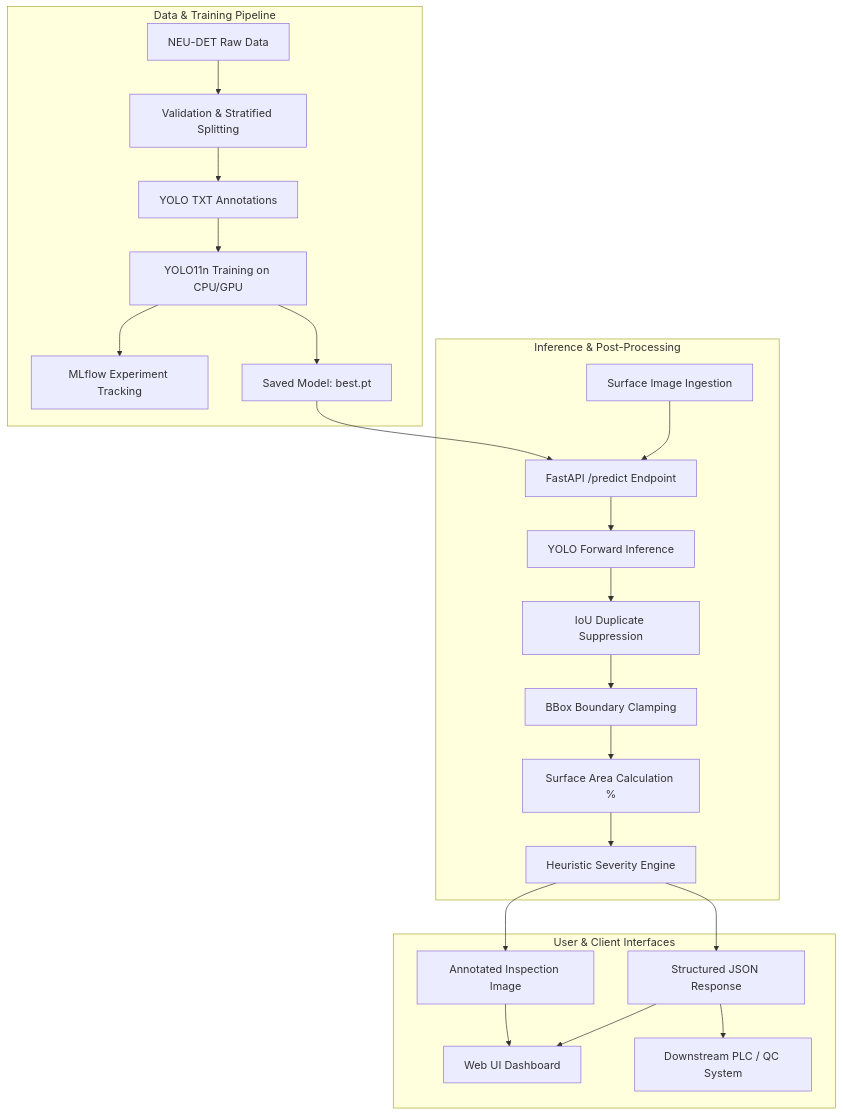
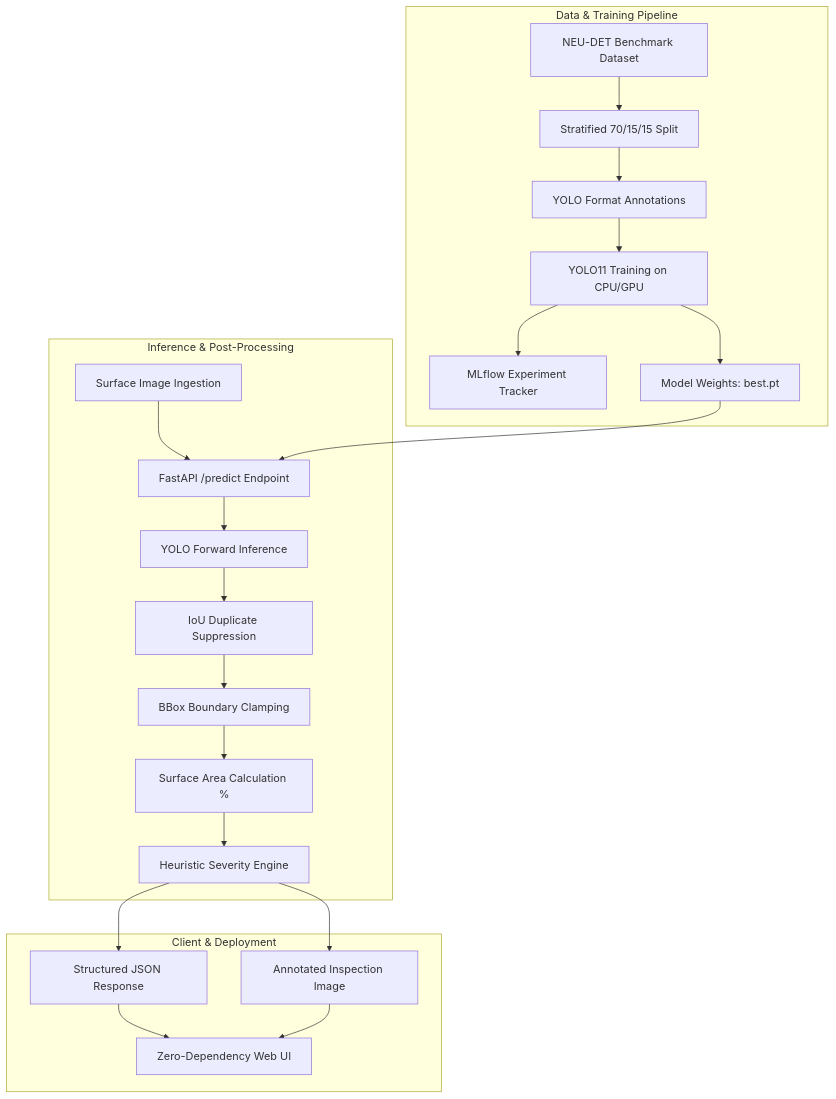
Before and after one commit to Vivek-Gaddeti/multiclass-defect-detection: the diagram in README.md, drawn with Mermaid. The commit also changed other lines of this file and 11 other files, not shown here.

Commit message:
feat: complete ML pipeline with YOLO11n vs YOLO11s comparison, error analysis, and CPU latency benchmarks

````diff
--- a/README.md
+++ b/README.md
@@ -29,28 +29,27 @@
 ```mermaid
 flowchart TD
     subgraph Data & Training Pipeline
-        A[NEU-DET Raw Data] --> B[Validation & Stratified Splitting]
-        B --> C[YOLO TXT Annotations]
-        C --> D[YOLO11n Training on CPU/GPU]
-        D --> E[MLflow Experiment Tracking]
-        D --> F[Saved Model: best.pt]
+        A[NEU-DET Benchmark Dataset] --> B[Stratified 70/15/15 Split]
+        B --> C[YOLO Format Annotations]
+        C --> D[YOLO11 Training on CPU/GPU]
+        D --> E[MLflow Experiment Tracker]
+        D --> F[Model Weights: best.pt]
     end
 
     subgraph Inference & Post-Processing
         G[Surface Image Ingestion] --> H[FastAPI /predict Endpoint]
         F --> H
         H --> I[YOLO Forward Inference]
         I --> J[IoU Duplicate Suppression]
         J --> K[BBox Boundary Clamping]
         K --> L[Surface Area Calculation %]
         L --> M[Heuristic Severity Engine]
     end
 
-    subgraph User & Client Interfaces
+    subgraph Client & Deployment
         M --> N[Structured JSON Response]
         M --> O[Annotated Inspection Image]
-        N --> P[Web UI Dashboard]
+        N --> P[Zero-Dependency Web UI]
         O --> P
-        N --> Q[Downstream PLC / QC System]
     end
 ```
````
